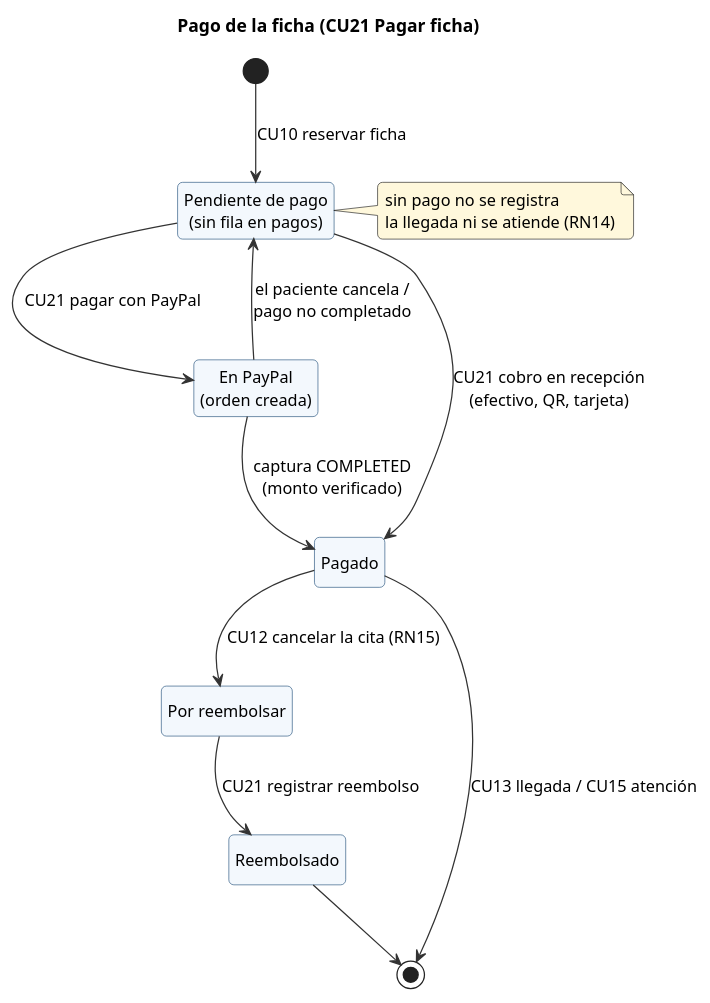
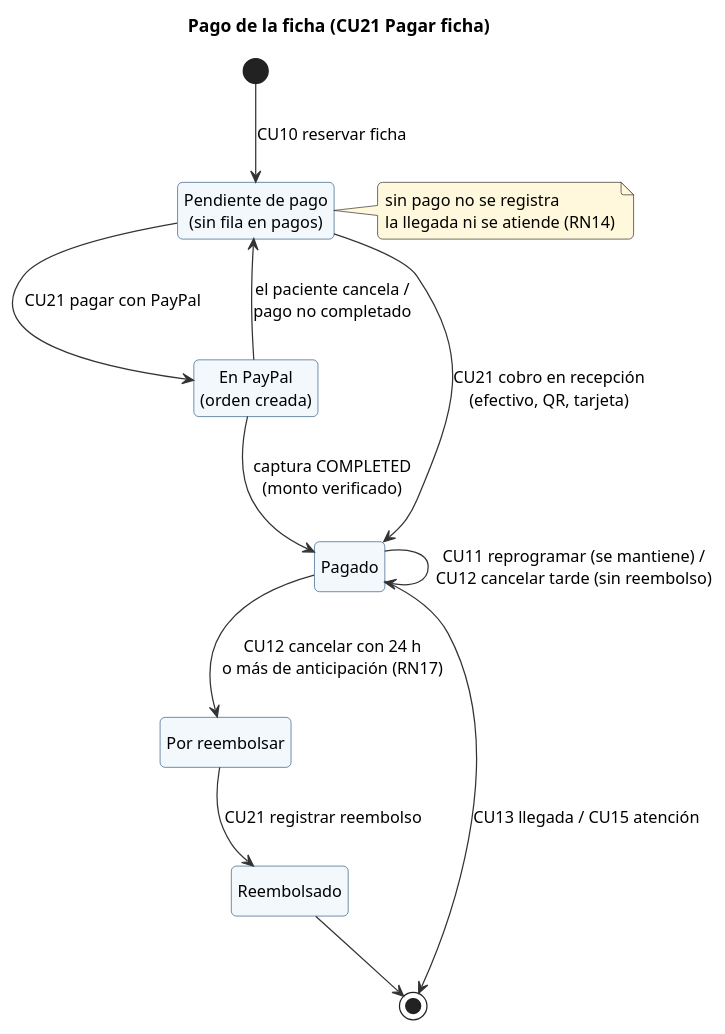
The diagram in docs/uml/plantuml/estado_pago.puml (ronaldflores2004/VidaSalud), drawn with PlantUML before and after one commit. The commit also changed 7 other files, not shown here.

First line of the commit message:
Documento: diagramas actualizados con la política de citas RN17–RN20

```diff
--- a/docs/uml/plantuml/estado_pago.puml
+++ b/docs/uml/plantuml/estado_pago.puml
@@ -1,56 +1,57 @@
 @startuml
 
 set separator none
 skinparam backgroundColor white
 skinparam defaultFontName Arial
 skinparam defaultFontSize 13
 skinparam shadowing false
 skinparam ArrowColor #333333
 skinparam ActorBorderColor #222222
 skinparam ActorBackgroundColor #FFFFFF
 skinparam UsecaseBorderColor #1F4E79
 skinparam UsecaseBackgroundColor #DCE9F7
 skinparam PackageBorderColor #333333
 skinparam PackageBackgroundColor #FFFFFF
 skinparam ClassBorderColor #333333
 skinparam ClassBackgroundColor #FFFFFF
 skinparam ClassHeaderBackgroundColor #DCE9F7
 skinparam NoteBackgroundColor #FFF8DC
 skinparam RectangleBorderColor #333333
 skinparam NodeBorderColor #1F4E79
 skinparam NodeBackgroundColor #F3F8FD
 skinparam ArtifactBackgroundColor #FFFFFF
 skinparam DatabaseBackgroundColor #DCE9F7
 skinparam SequenceLifeLineBorderColor #888888
 skinparam SequenceParticipantBackgroundColor #DCE9F7
 skinparam SequenceParticipantBorderColor #1F4E79
 skinparam ParticipantPadding 12
 skinparam BoundaryBackgroundColor #DCE9F7
 skinparam ControlBackgroundColor #DCE9F7
 skinparam EntityBackgroundColor #DCE9F7
 skinparam BoundaryBorderColor #1F4E79
 skinparam ControlBorderColor #1F4E79
 skinparam EntityBorderColor #1F4E79
 skinparam roundcorner 8
 skinparam StateBackgroundColor #F3F8FD
 skinparam StateBorderColor #1F4E79
 hide empty description
 
 title Pago de la ficha (CU21 Pagar ficha)
 state "Pendiente de pago\n(sin fila en pagos)" as P
 state "En PayPal\n(orden creada)" as O
 state "Pagado" as G
 state "Por reembolsar" as R
 state "Reembolsado" as E
 [*] --> P : CU10 reservar ficha
 P --> O : CU21 pagar con PayPal
 O --> P : el paciente cancela /\npago no completado
 O --> G : captura COMPLETED\n(monto verificado)
 P --> G : CU21 cobro en recepción\n(efectivo, QR, tarjeta)
-G --> R : CU12 cancelar la cita (RN15)
+G --> R : CU12 cancelar con 24 h\no más de anticipación (RN17)
+G --> G : CU11 reprogramar (se mantiene) /\nCU12 cancelar tarde (sin reembolso)
 R --> E : CU21 registrar reembolso
 G --> [*] : CU13 llegada / CU15 atención
 E --> [*]
 note right of P : sin pago no se registra\nla llegada ni se atiende (RN14)
 
 @enduml
```
